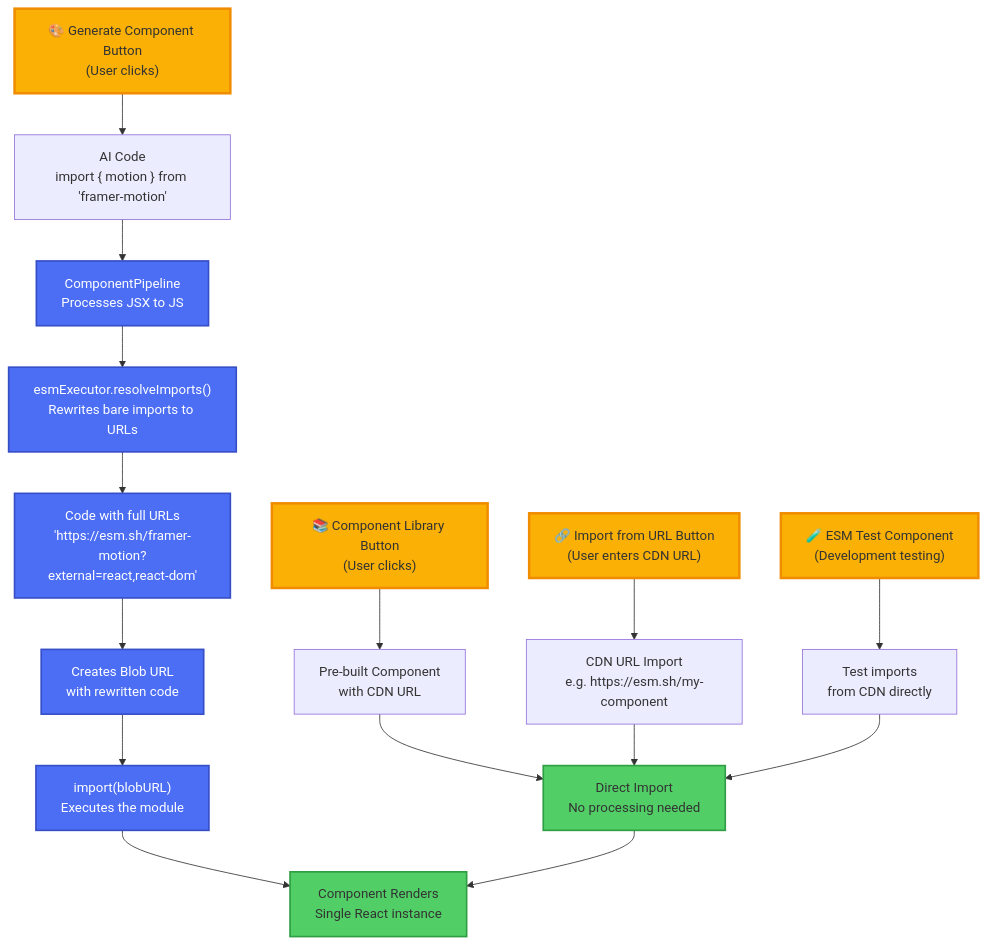
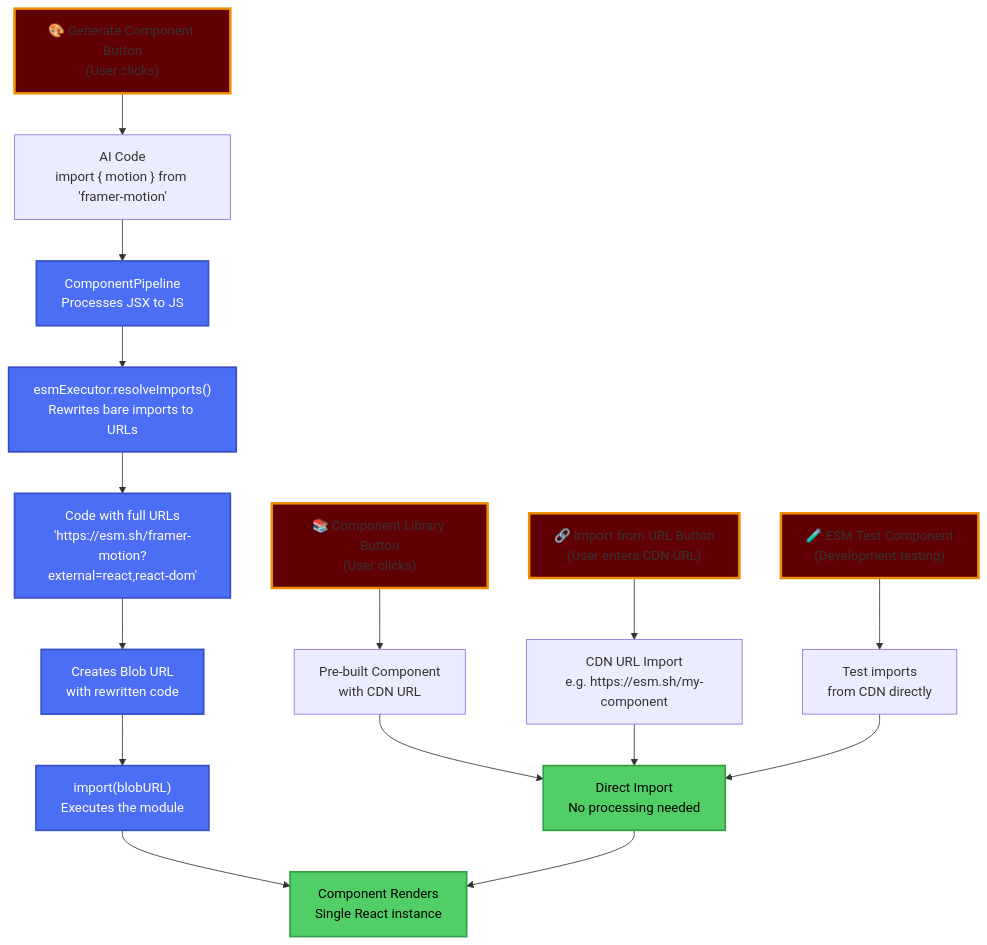
The diagram in CLAUDE.md (Zabaca/vibeboard), drawn with Mermaid before and after one commit. The commit also changed 11 other files, not shown here.

````diff
--- a/CLAUDE.md
+++ b/CLAUDE.md
@@ -149,30 +149,30 @@
 ```mermaid
 graph TB
     %% Entry Points
     GenBtn["🎨 Generate Component Button<br/>(User clicks)"] --> AI["AI Code<br/>import { motion } from 'framer-motion'"]
     LibBtn["📚 Component Library Button<br/>(User clicks)"] --> LibComp["Pre-built Component<br/>with CDN URL"]
     URLBtn["🔗 Import from URL Button<br/>(User enters CDN URL)"] --> URLComp["CDN URL Import<br/>e.g. https://esm.sh/my-component"]
     TestBtn["🧪 ESM Test Component<br/>(Development testing)"] --> TestComp["Test imports<br/>from CDN directly"]
     
     %% AI Flow
     AI --> Pipeline["ComponentPipeline<br/>Processes JSX to JS"]
     Pipeline --> ESM["esmExecutor.resolveImports()<br/>Rewrites bare imports to URLs"]
     ESM --> Rewritten["Code with full URLs<br/>'https://esm.sh/framer-motion?external=react,react-dom'"]
     Rewritten --> Blob["Creates Blob URL<br/>with rewritten code"]
     Blob --> Import["import(blobURL)<br/>Executes the module"]
     Import --> Success["Component Renders<br/>Single React instance"]
     
     %% CDN Direct Import Flow (Simplified)
     LibComp --> Direct["Direct Import<br/>No processing needed"]
     URLComp --> Direct
     TestComp --> Direct
     Direct --> Success
     
-    classDef entry fill:#fab005,stroke:#f08c00,stroke-width:3px
-    classDef success fill:#51cf66,stroke:#2f9e44,stroke-width:2px
+    classDef entry fill:#600005,stroke:#f08c00,stroke-width:3px
+    classDef success fill:#51cf66,stroke:#2f9e44,stroke-width:2px,color:#000
     classDef normal fill:#4c6ef5,stroke:#364fc7,stroke-width:2px,color:#fff
     
     class GenBtn,LibBtn,URLBtn,TestBtn entry
     class Success,Direct success
     class Pipeline,ESM,Rewritten,Blob,Import normal
 ```
````
